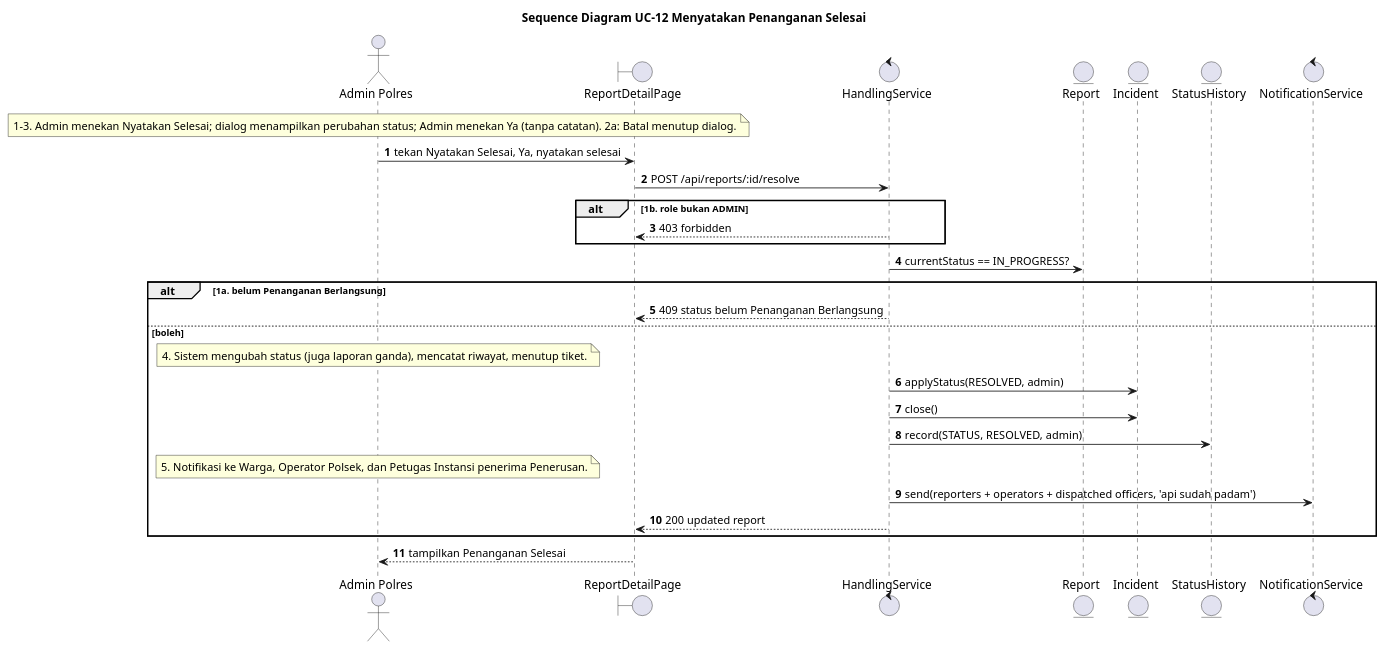
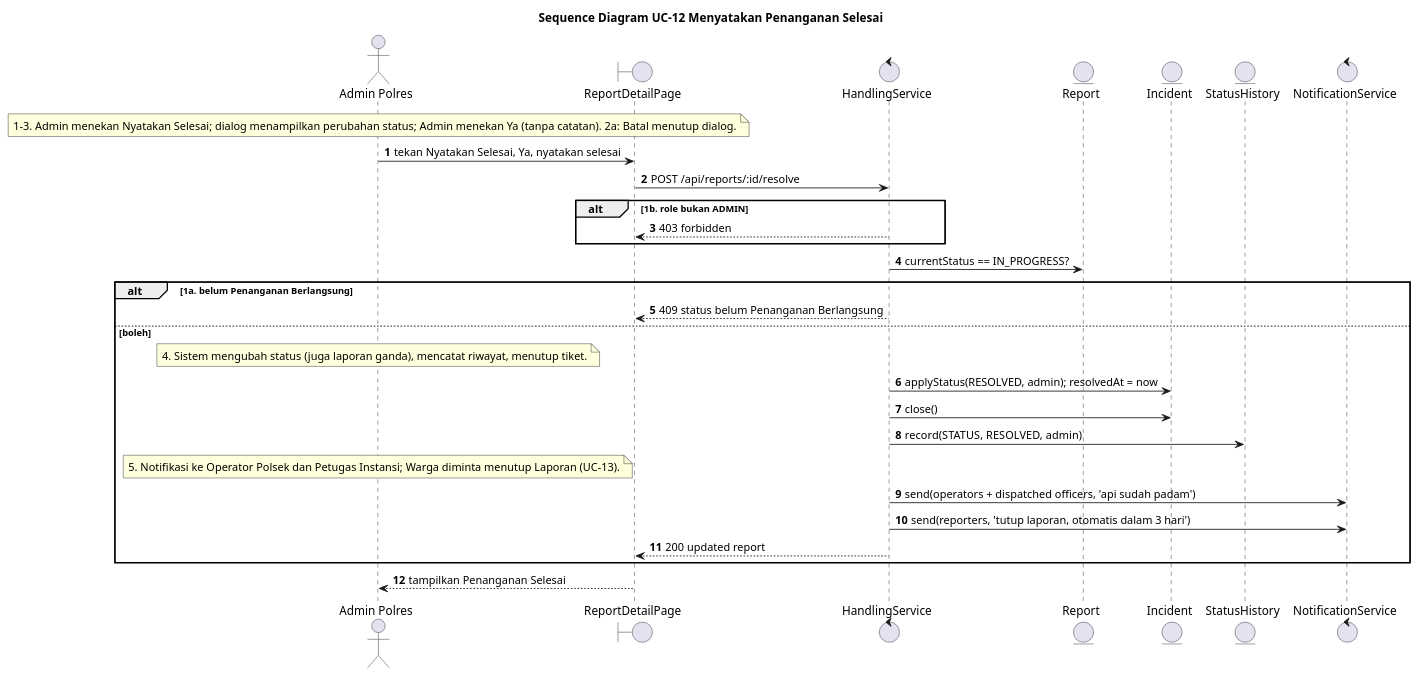
The diagram in specs/011-uc12-resolve/iconix/uc12-sequence.puml (wirapatigilang/laporapi-api-web), drawn with PlantUML before and after one commit. The commit also changed 20 other files, not shown here.

First line of the commit message:
uc13: spec Menutup Laporan dan status CLOSED (Laporan Ditutup)

```diff
--- a/specs/011-uc12-resolve/iconix/uc12-sequence.puml
+++ b/specs/011-uc12-resolve/iconix/uc12-sequence.puml
@@ -1,30 +1,31 @@
 @startuml
 title Sequence Diagram UC-12 Menyatakan Penanganan Selesai
 autonumber
 actor "Admin Polres" as pet
 boundary "ReportDetailPage" as det
 control "HandlingService" as tgn
 entity "Report" as lpr
 entity "Incident" as kjd
 entity "StatusHistory" as rws
 control "NotificationService" as ntf
 note over pet : 1–3. Admin menekan Nyatakan Selesai; dialog menampilkan perubahan status; Admin menekan Ya (tanpa catatan). 2a: Batal menutup dialog.
 pet -> det : tekan Nyatakan Selesai, Ya, nyatakan selesai
 det -> tgn : POST /api/reports/:id/resolve
 alt 1b. role bukan ADMIN
 tgn --> det : 403 forbidden
 end
 tgn -> lpr : currentStatus == IN_PROGRESS?
 alt 1a. belum Penanganan Berlangsung
 tgn --> det : 409 status belum Penanganan Berlangsung
 else boleh
 note over pet : 4. Sistem mengubah status (juga laporan ganda), mencatat riwayat, menutup tiket.
-tgn -> kjd : applyStatus(RESOLVED, admin)
+tgn -> kjd : applyStatus(RESOLVED, admin); resolvedAt = now
 tgn -> kjd : close()
 tgn -> rws : record(STATUS, RESOLVED, admin)
-note over pet : 5. Notifikasi ke Warga, Operator Polsek, dan Petugas Instansi penerima Penerusan.
-tgn -> ntf : send(reporters + operators + dispatched officers, 'api sudah padam')
+note over pet : 5. Notifikasi ke Operator Polsek dan Petugas Instansi; Warga diminta menutup Laporan (UC-13).
+tgn -> ntf : send(operators + dispatched officers, 'api sudah padam')
+tgn -> ntf : send(reporters, 'tutup laporan, otomatis dalam 3 hari')
 tgn --> det : 200 updated report
 end
 det --> pet : tampilkan Penanganan Selesai
 @enduml
```
